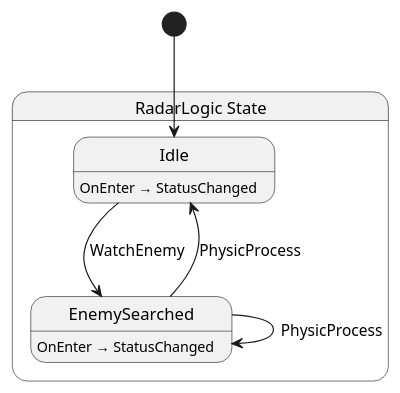
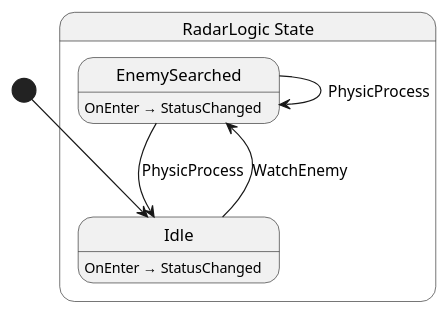
One commit to Ygoat/EternalJourney changed the diagram in src/radar/state/RadarLogic.g.puml. Above: the diagram before and after it, drawn with PlantUML. The commit also changed other lines of this file and 18 other files, not shown here.

```diff
--- a/src/radar/state/RadarLogic.g.puml
+++ b/src/radar/state/RadarLogic.g.puml
@@ -1,15 +1,15 @@
 @startuml RadarLogic
 state "RadarLogic State" as EternalJourney_Radar_State_RadarLogic_State {
+  state "EnemySearched" as EternalJourney_Radar_State_RadarLogic_State_EnemySearched
   state "Idle" as EternalJourney_Radar_State_RadarLogic_State_Idle
-  state "EnemySearched" as EternalJourney_Radar_State_RadarLogic_State_EnemySearched
 }
 
 EternalJourney_Radar_State_RadarLogic_State_EnemySearched --> EternalJourney_Radar_State_RadarLogic_State_EnemySearched : PhysicProcess
 EternalJourney_Radar_State_RadarLogic_State_EnemySearched --> EternalJourney_Radar_State_RadarLogic_State_Idle : PhysicProcess
 EternalJourney_Radar_State_RadarLogic_State_Idle --> EternalJourney_Radar_State_RadarLogic_State_EnemySearched : WatchEnemy
 
 EternalJourney_Radar_State_RadarLogic_State_EnemySearched : OnEnter → StatusChanged
 EternalJourney_Radar_State_RadarLogic_State_Idle : OnEnter → StatusChanged
 
 [*] --> EternalJourney_Radar_State_RadarLogic_State_Idle
 @enduml
```
